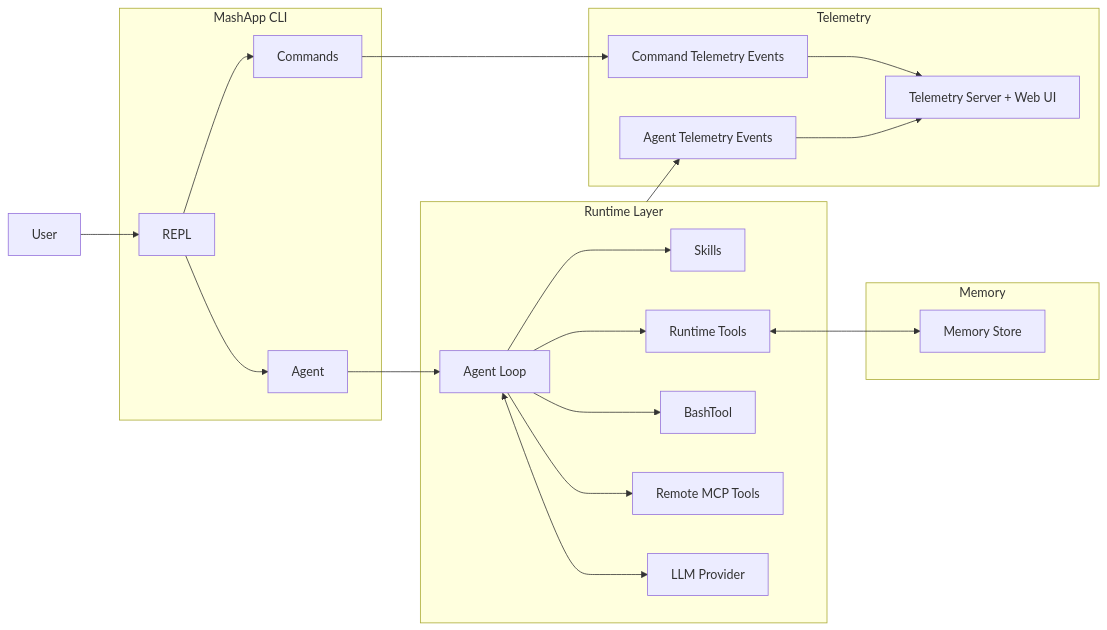
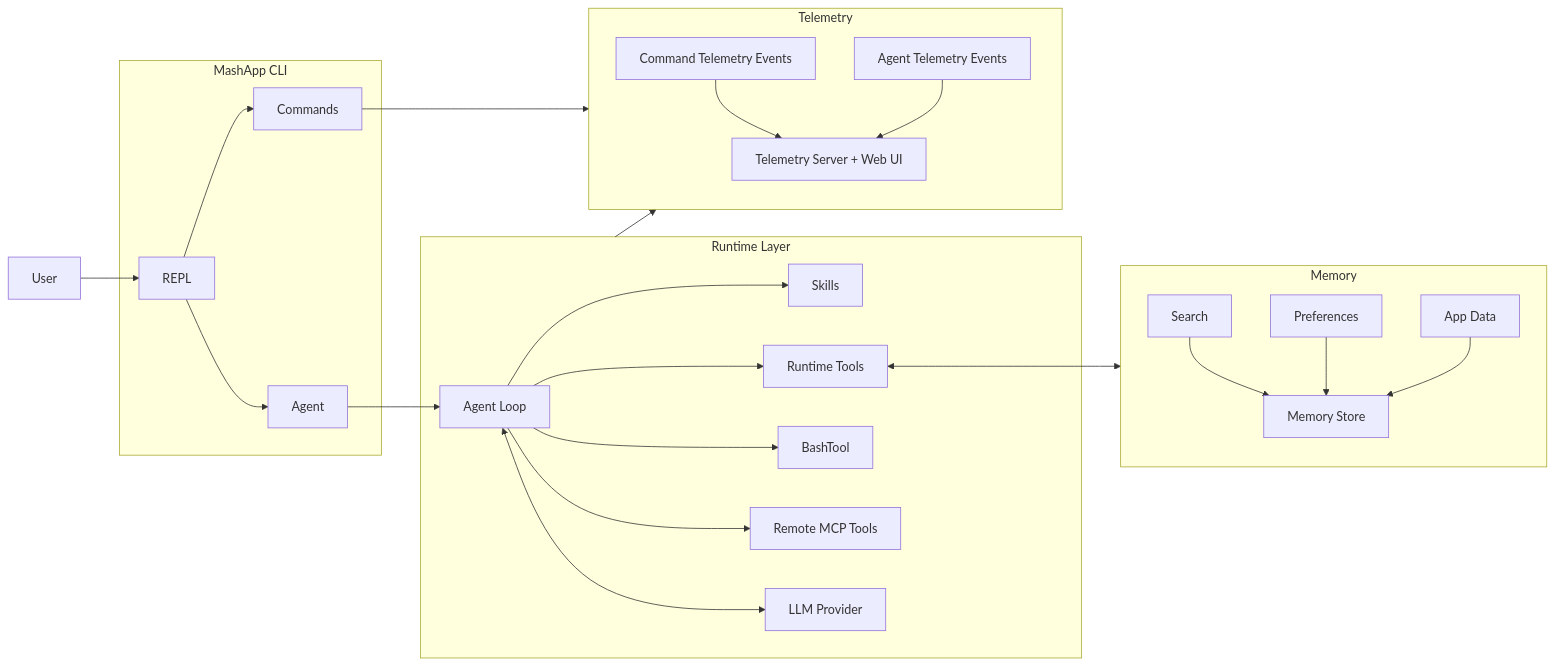
Before and after one commit to imsid/mashpy: the diagram in README.md, drawn with Mermaid. The commit also changed 1 other file, not shown here.

````diff
--- a/README.md
+++ b/README.md
@@ -18,47 +18,53 @@
 ```mermaid
 flowchart LR
     U[User]
 
     subgraph MashApp[MashApp CLI]
         REPL[REPL]
         CMD[Commands]
         AGENT[Agent]
     end
 
     subgraph RUNTIME[Runtime Layer]
         LOOP[Agent Loop]
         SKILLS[Skills]
         RT[Runtime Tools]
         BASH[BashTool]
         MCP[Remote MCP Tools]
         LLM[LLM Provider]
     end
 
     subgraph TELEMETRY[Telemetry]
         LOG[Command Telemetry Events]
         TEL[Telemetry Server + Web UI]
         AGENT_LOG[Agent Telemetry Events]
     end
 
     subgraph MEMORY[Memory]
         MEM[Memory Store]
+        SEARCH[Search]
+        PREFS[Preferences]
+        APPD[App Data]
     end
     
     U --> REPL
     REPL --> CMD
     REPL --> AGENT
 
     AGENT --> LOOP
     LOOP <--> LLM
     LOOP --> SKILLS
     LOOP --> RT
     LOOP --> BASH
     LOOP --> MCP
 
-    RT <--> MEM
+    RT <--> MEMORY
+    SEARCH --> MEM
+    PREFS --> MEM
+    APPD --> MEM
 
-    RUNTIME --> AGENT_LOG
-    CMD --> LOG
+    RUNTIME --> TELEMETRY
+    CMD --> TELEMETRY
     LOG --> TEL
     AGENT_LOG --> TEL
 ```
````
